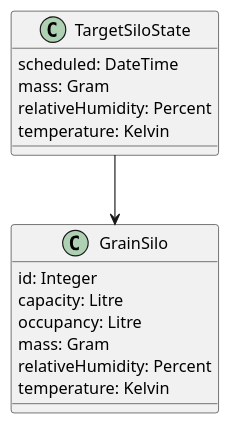
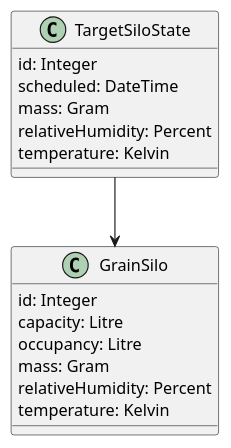
One commit to MrMarcoux/silos changed the diagram in documentation/model.wsd. Above: the diagram before and after it, drawn with PlantUML. The commit also changed 9 other files, not shown here.

```diff
--- a/documentation/model.wsd
+++ b/documentation/model.wsd
@@ -1,21 +1,22 @@
 @startuml model
 
 class GrainSilo {
   id: Integer
   capacity: Litre
   occupancy: Litre
   mass: Gram
   relativeHumidity: Percent
   temperature: Kelvin
 }
 
 class TargetSiloState {
+  id: Integer
   scheduled: DateTime
   mass: Gram
   relativeHumidity: Percent
   temperature: Kelvin 
 }
 
 TargetSiloState --> GrainSilo
 
 @enduml
```
